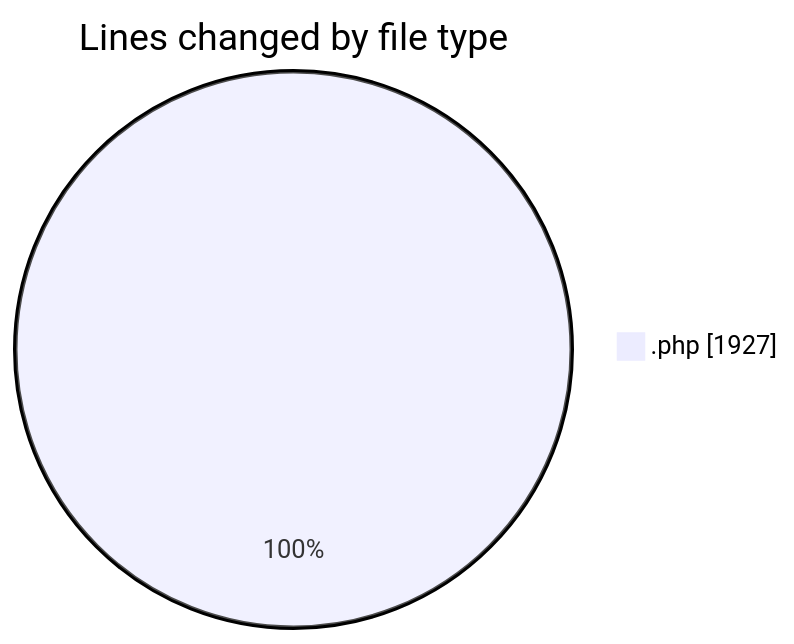
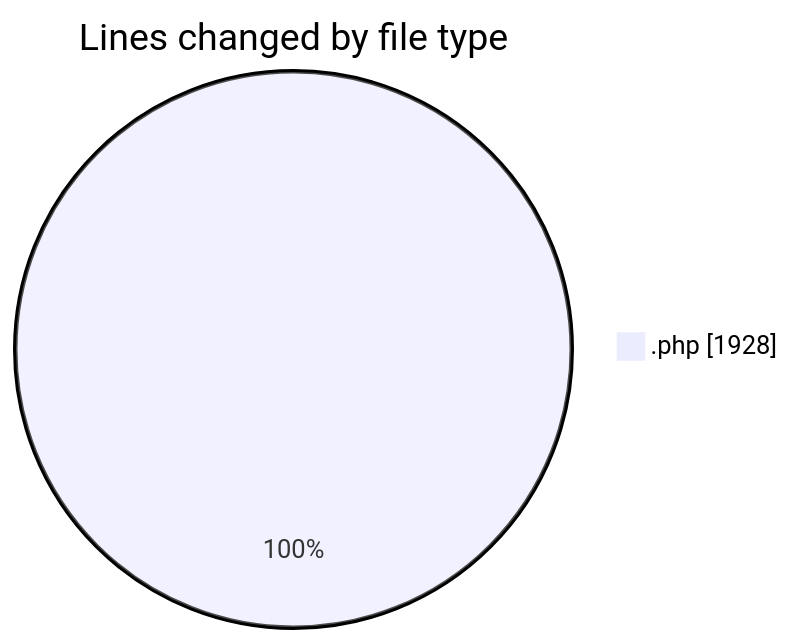
The first of 2 diagrams in 2026-04-13/web/README.md (LanceThiago/code-tracking), drawn with Mermaid before and after one commit. The commit also changed other lines of this file and 1 other file, not shown here.

````diff
--- a/2026-04-13/web/README.md
+++ b/2026-04-13/web/README.md
@@ -20,5 +20,5 @@
 ```mermaid
 pie showData
 title Lines changed by file type
-".php" : 1927
+".php" : 1928
 ```
````
